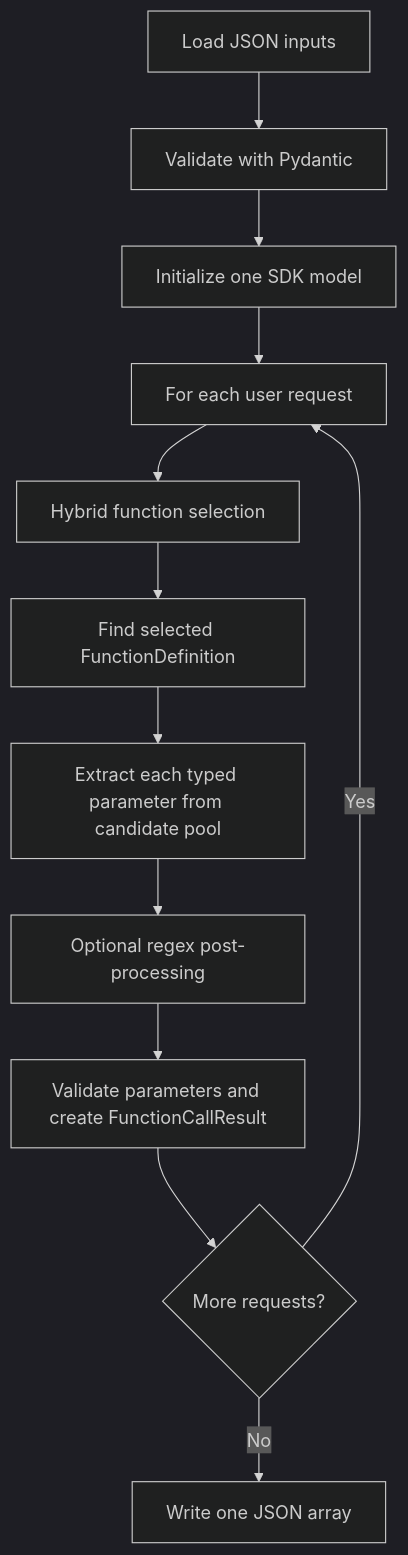
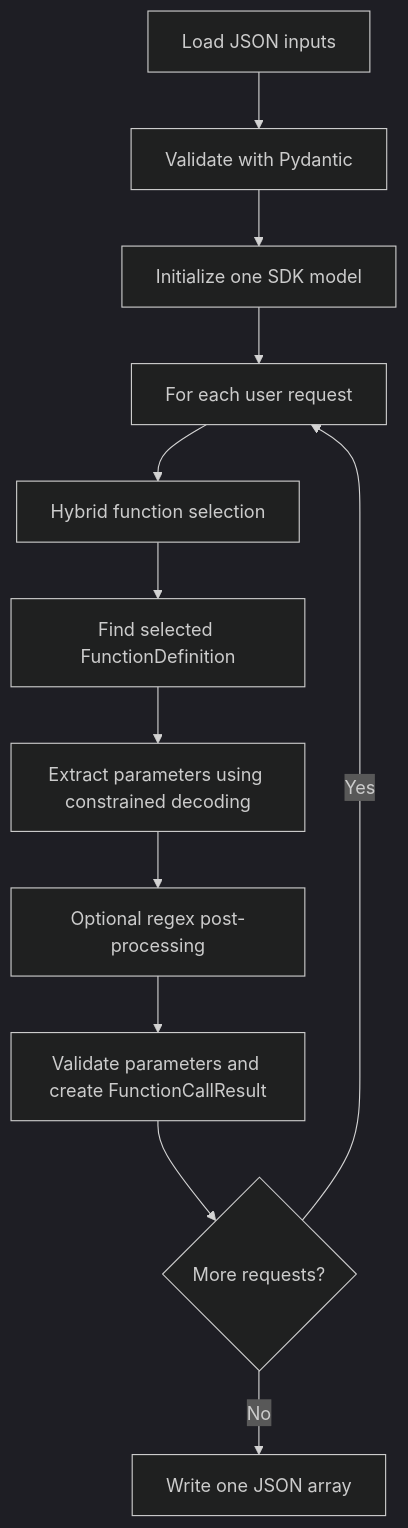
The first of 2 diagrams in README.md (cerkurt/call_me_maybe__42_curriculum), drawn with Mermaid (dark theme) before and after one commit. The commit also changed other lines of this file, not shown here.

````diff
--- a/README.md
+++ b/README.md
@@ -317,14 +384,14 @@
 ```mermaid
 flowchart TD
   A[Load JSON inputs] --> B[Validate with Pydantic]
   B --> C[Initialize one SDK model]
   C --> D[For each user request]
   D --> E[Hybrid function selection]
   E --> F[Find selected FunctionDefinition]
-  F --> G[Extract each typed parameter from candidate pool]
+  F --> G[Extract parameters using constrained decoding]
   G --> H[Optional regex post-processing]
   H --> I[Validate parameters and create FunctionCallResult]
   I --> J{More requests?}
   J -->|Yes| D
   J -->|No| K[Write one JSON array]
 ```
````
